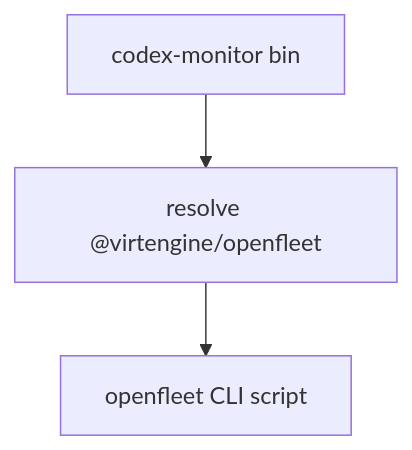
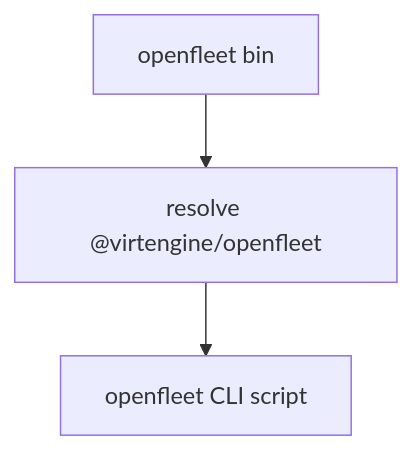
One commit to virtengine-network/virtengine changed the diagram in scripts/codex-monitor/AGENTS.md. Above: the diagram before and after it, drawn with Mermaid. The commit also changed other lines of this file and 69 other files, not shown here.

````diff
--- a/scripts/codex-monitor/AGENTS.md
+++ b/scripts/codex-monitor/AGENTS.md
@@ -16,5 +16,5 @@
 ```mermaid
 flowchart TD
-  Shim[codex-monitor bin] --> Resolve[resolve @virtengine/openfleet]
+  Shim[openfleet bin] --> Resolve[resolve @virtengine/openfleet]
   Resolve --> OpenFleet[openfleet CLI script]
 ```
````
